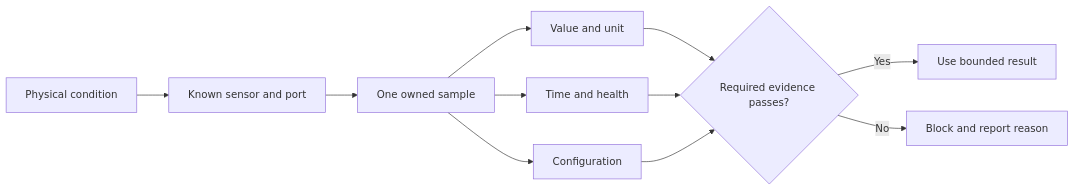
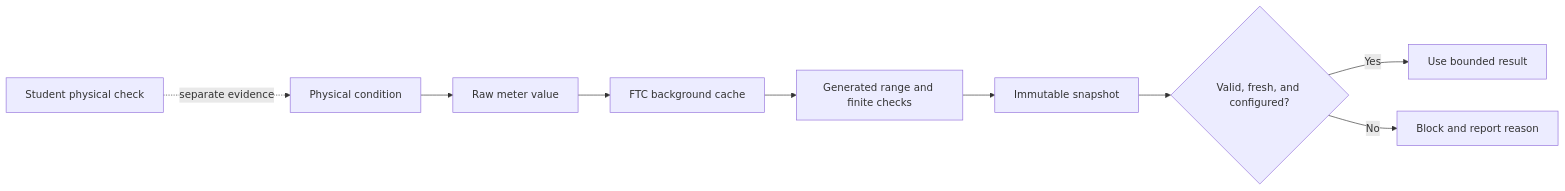
Before and after one commit to ARES-23247/ARESWEB: the diagram in content/learning/electrical-systems/02-choose-read-sensors.md, drawn with Mermaid. The commit also changed other lines of this file and 6 other files, not shown here.

Commit message:
docs(academy): correct sensor evidence lesson

````diff
--- a/content/learning/electrical-systems/02-choose-read-sensors.md
+++ b/content/learning/electrical-systems/02-choose-read-sensors.md
@@ -41,14 +75,12 @@
 ```mermaid
-%% aria: A physical condition is sampled by an identified sensor. The cached record keeps value, unit, time, health, and configuration together. A control rule may use it only when all required evidence passes.
+%% aria: The physical sensor produces a raw meter value. An FTC adapter caches the latest value without adding a public timestamp. A generated subsystem validates the value and stores validity, timestamp, and configuration health. A control rule uses the snapshot only when all required evidence passes. Physical testing remains separate.
 flowchart LR
-  A["Physical condition"] --> B["Known sensor and port"]
-  B --> C["One owned sample"]
-  C --> D["Value and unit"]
-  C --> E["Time and health"]
-  C --> F["Configuration"]
-  D --> G{"Required evidence passes?"}
-  E --> G
-  F --> G
-  G -- Yes --> H["Use bounded result"]
-  G -- No --> I["Block and report reason"]
+  A["Physical condition"] --> B["Raw meter value"]
+  B --> C["FTC background cache"]
+  C --> D["Generated range and finite checks"]
+  D --> E["Immutable snapshot"]
+  E --> F{"Valid, fresh, and configured?"}
+  F -- Yes --> G["Use bounded result"]
+  F -- No --> H["Block and report reason"]
+  I["Student physical check"] -. separate evidence .-> A
 ```
````
